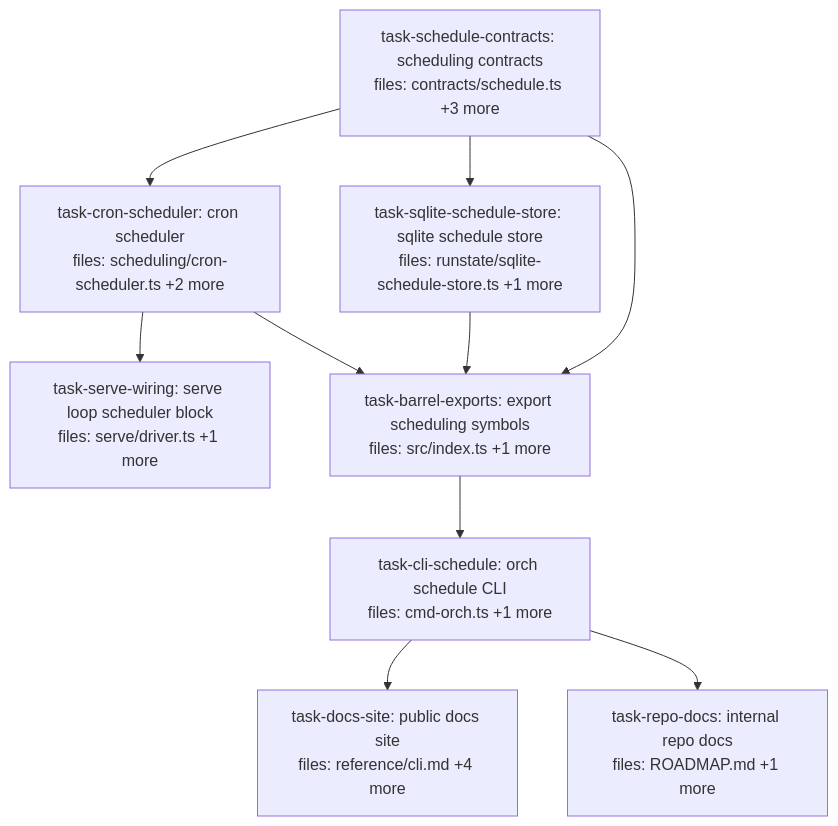
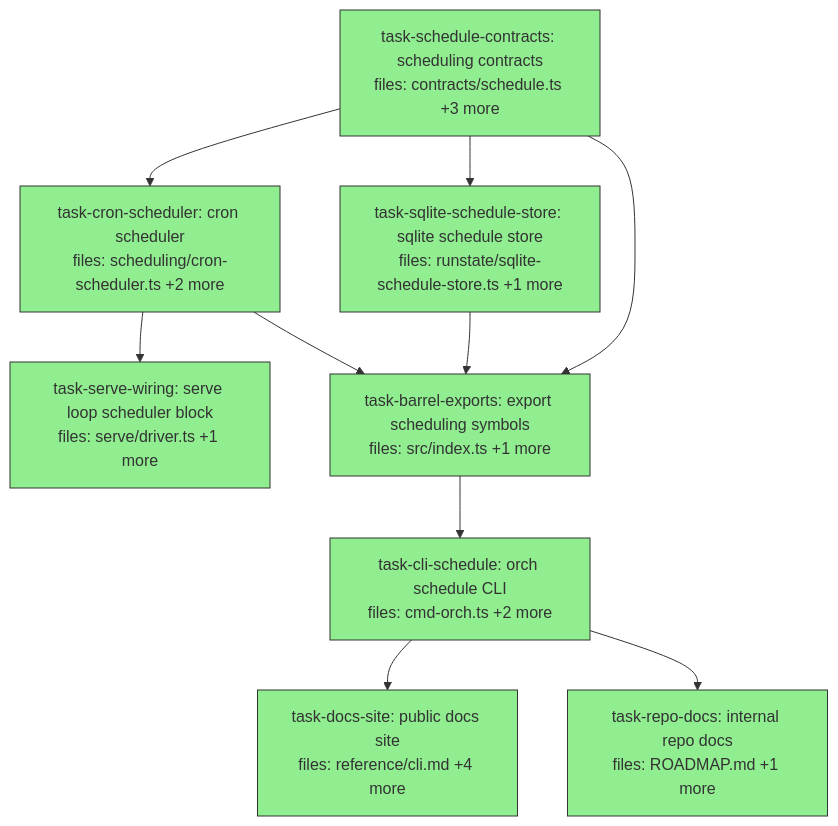
Before and after one commit to QuarrySystems/pangolin: the diagram in docs/superpowers/plans/2026-06-02-agora-cron-trigger-dag.md, drawn with Mermaid. The commit also changed other lines of this file, not shown here.

Commit message:
docs(cron): mark cron-scheduling DAG complete (8/8 tasks)

````diff
--- a/docs/superpowers/plans/2026-06-02-agora-cron-trigger-dag.md
+++ b/docs/superpowers/plans/2026-06-02-agora-cron-trigger-dag.md
@@ -6,27 +6,27 @@
 ```mermaid
 flowchart TD
-    task-schedule-contracts["task-schedule-contracts: scheduling contracts<br/>files: contracts/schedule.ts +3 more"]
-    task-cron-scheduler["task-cron-scheduler: cron scheduler<br/>files: scheduling/cron-scheduler.ts +2 more"]
-    task-sqlite-schedule-store["task-sqlite-schedule-store: sqlite schedule store<br/>files: runstate/sqlite-schedule-store.ts +1 more"]
-    task-serve-wiring["task-serve-wiring: serve loop scheduler block<br/>files: serve/driver.ts +1 more"]
-    task-barrel-exports["task-barrel-exports: export scheduling symbols<br/>files: src/index.ts +1 more"]
-    task-cli-schedule["task-cli-schedule: orch schedule CLI<br/>files: cmd-orch.ts +1 more"]
-    task-docs-site["task-docs-site: public docs site<br/>files: reference/cli.md +4 more"]
-    task-repo-docs["task-repo-docs: internal repo docs<br/>files: ROADMAP.md +1 more"]
+    task-schedule-contracts["task-schedule-contracts: scheduling contracts<br/>files: contracts/schedule.ts +3 more"]:::done
+    task-cron-scheduler["task-cron-scheduler: cron scheduler<br/>files: scheduling/cron-scheduler.ts +2 more"]:::done
+    task-sqlite-schedule-store["task-sqlite-schedule-store: sqlite schedule store<br/>files: runstate/sqlite-schedule-store.ts +1 more"]:::done
+    task-serve-wiring["task-serve-wiring: serve loop scheduler block<br/>files: serve/driver.ts +1 more"]:::done
+    task-barrel-exports["task-barrel-exports: export scheduling symbols<br/>files: src/index.ts +1 more"]:::done
+    task-cli-schedule["task-cli-schedule: orch schedule CLI<br/>files: cmd-orch.ts +2 more"]:::done
+    task-docs-site["task-docs-site: public docs site<br/>files: reference/cli.md +4 more"]:::done
+    task-repo-docs["task-repo-docs: internal repo docs<br/>files: ROADMAP.md +1 more"]:::done
 
     task-schedule-contracts --> task-cron-scheduler
     task-schedule-contracts --> task-sqlite-schedule-store
     task-cron-scheduler --> task-serve-wiring
     task-schedule-contracts --> task-barrel-exports
     task-cron-scheduler --> task-barrel-exports
     task-sqlite-schedule-store --> task-barrel-exports
     task-barrel-exports --> task-cli-schedule
     task-cli-schedule --> task-docs-site
     task-cli-schedule --> task-repo-docs
 
     classDef done fill:#90ee90,stroke:#333
     classDef ready fill:#fffacd,stroke:#333
     classDef running fill:#87ceeb,stroke:#333
     classDef failed fill:#ffb6c1,stroke:#333
     classDef skipped fill:#d3d3d3,stroke:#333,stroke-dasharray: 5 5
 ```
````
